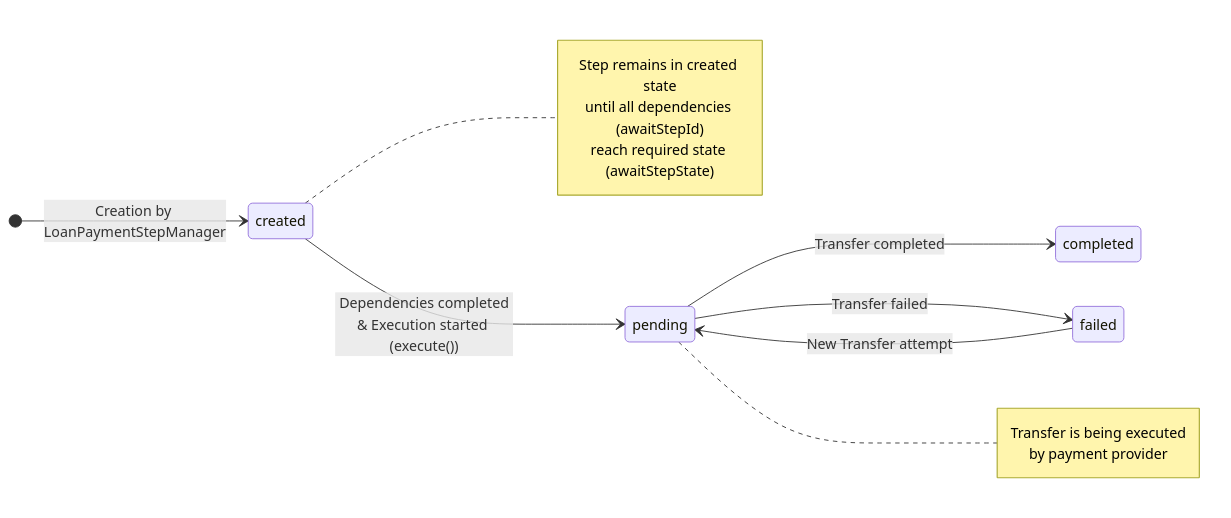
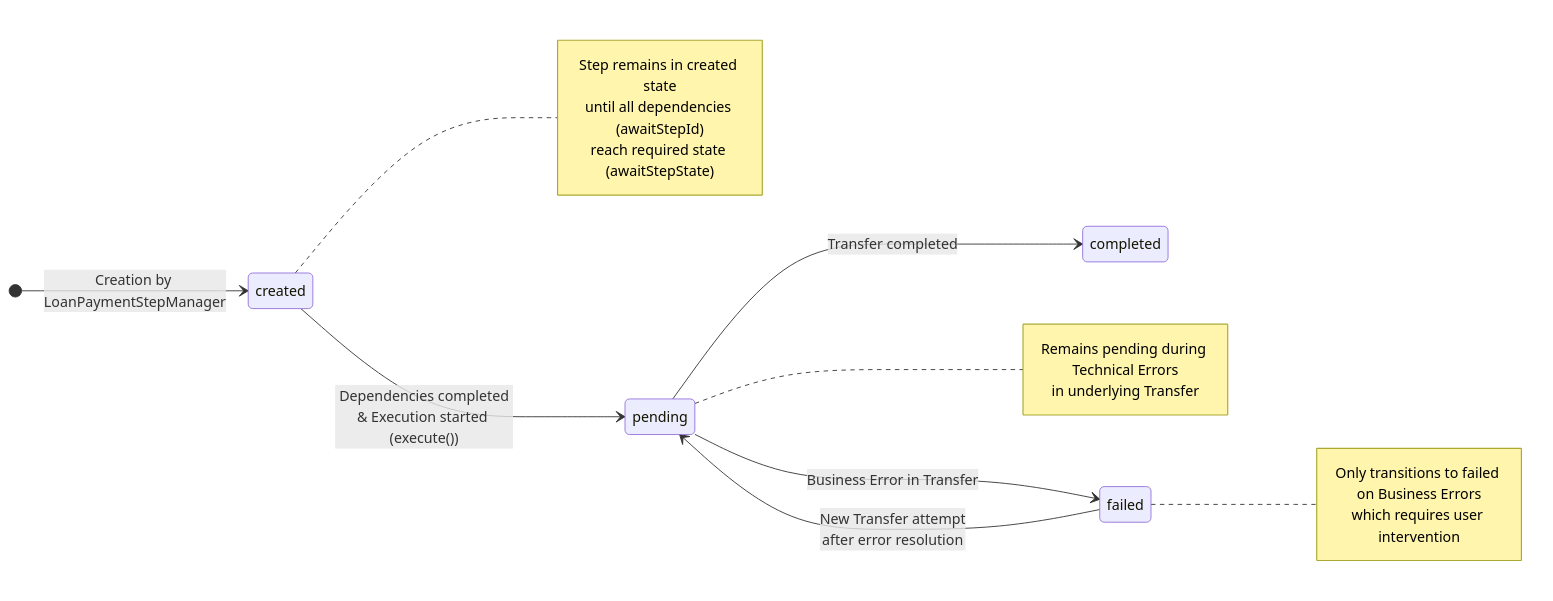
One commit to jangot/archipelago-rules changed the seventh of 10 diagrams in docs/loan-domain.md. Above: the diagram before and after it, drawn with Mermaid. The commit also changed other lines of this file, not shown here.

First line of the commit message:
WIP on Lending docs: Transfer Error definition and flows described

````diff
--- a/docs/loan-domain.md
+++ b/docs/loan-domain.md
@@ -971,21 +985,27 @@
 ```mermaid
 stateDiagram-v2
     direction LR
     
     [*] --> created: Creation by LoanPaymentStepManager
     created --> pending: Dependencies completed<br>& Execution started (execute())
     pending --> completed: Transfer completed
-    pending --> failed: Transfer failed
-    failed --> pending: New Transfer attempt
+    pending --> failed: Business Error in Transfer
+    
+    failed --> pending: New Transfer attempt<br>after error resolution
     
     note right of created
         Step remains in created state
         until all dependencies (awaitStepId)
         reach required state (awaitStepState)
     end note
     
     note right of pending
-        Transfer is being executed
-        by payment provider
+        Remains pending during Technical Errors
+        in underlying Transfer
+    end note
+    
+    note right of failed
+        Only transitions to failed on Business Errors
+        which requires user intervention
     end note
 ```
````
